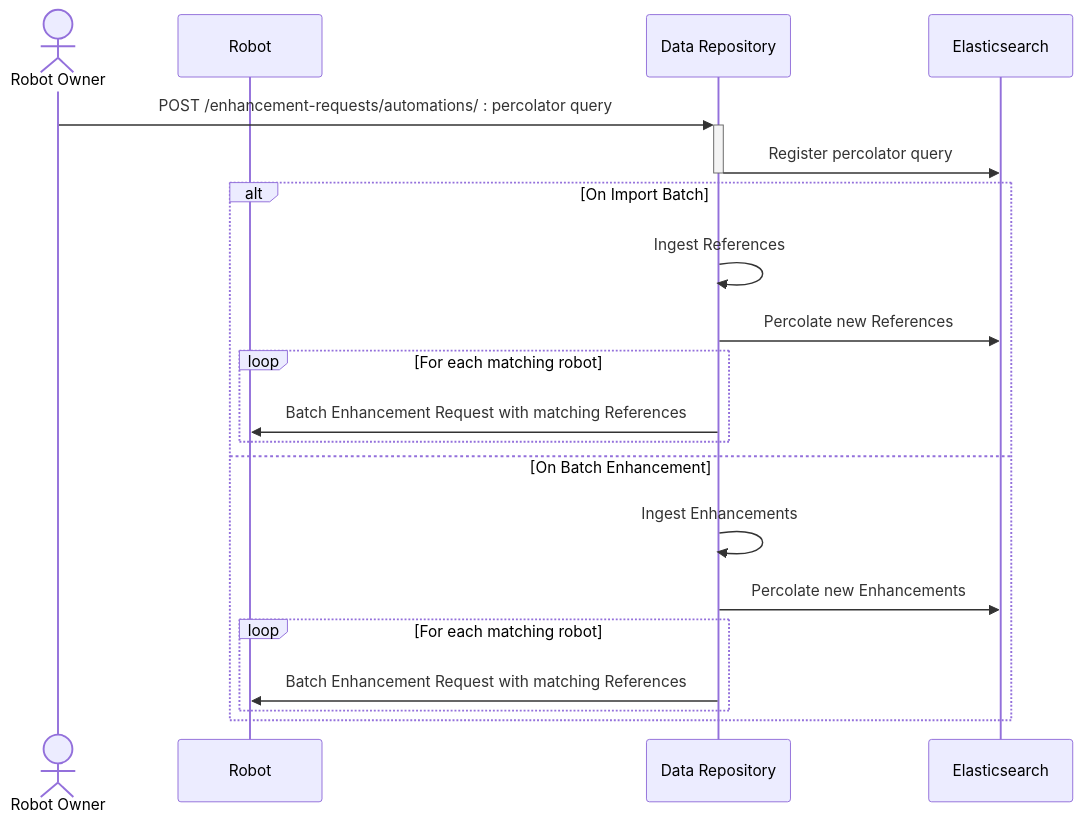
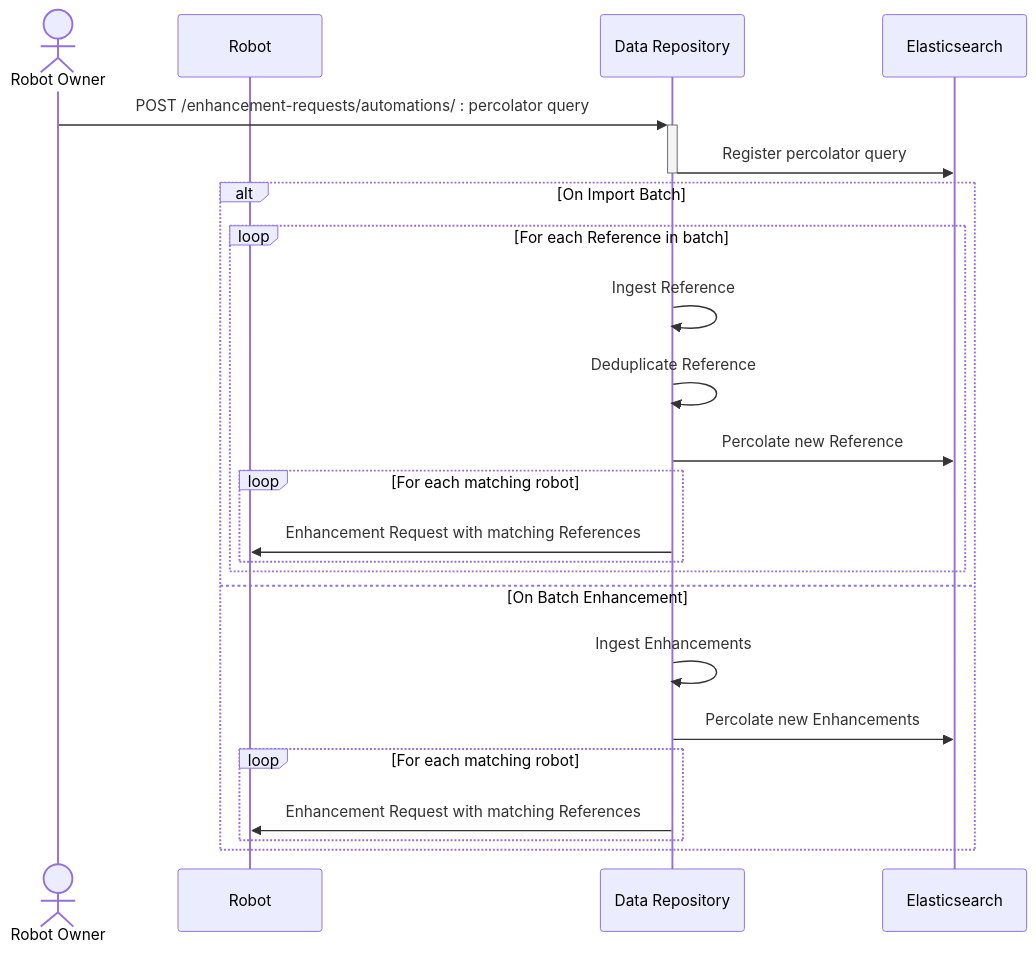
The first of 2 diagrams in docs/procedures/robot-automation.rst (destiny-evidence/destiny-repository), drawn with Mermaid before and after one commit. The commit also changed other lines of this file and 14 other files, not shown here.

```diff
--- a/docs/procedures/robot-automation.rst
+++ b/docs/procedures/robot-automation.rst
@@ -8,24 +8,27 @@
 .. mermaid::
 
     sequenceDiagram
         Actor RO as Robot Owner
         participant R as Robot
         participant DR as Data Repository
         participant ES as Elasticsearch
 
         RO->>+DR: POST /enhancement-requests/automations/ : percolator query
         DR->>-ES: Register percolator query
 
         alt On Import Batch
-            DR->>DR: Ingest References
-            DR->>ES: Percolate new References
-            loop For each matching robot
-                DR->>R: Batch Enhancement Request with matching References
+            loop For each Reference in batch
+                DR->>DR: Ingest Reference
+                DR->>DR: Deduplicate Reference
+                DR->>ES: Percolate new Reference
+                loop For each matching robot
+                    DR->>R: Enhancement Request with matching References
+                end
             end
         else On Batch Enhancement
             DR->>DR: Ingest Enhancements
             DR->>ES: Percolate new Enhancements
             loop For each matching robot
-                DR->>R: Batch Enhancement Request with matching References
+                DR->>R: Enhancement Request with matching References
             end
         end
```
